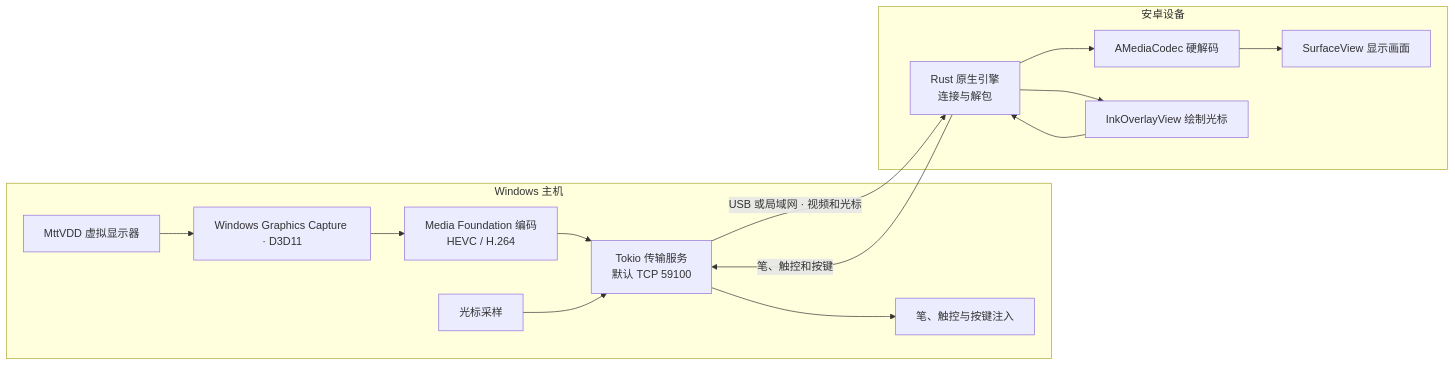
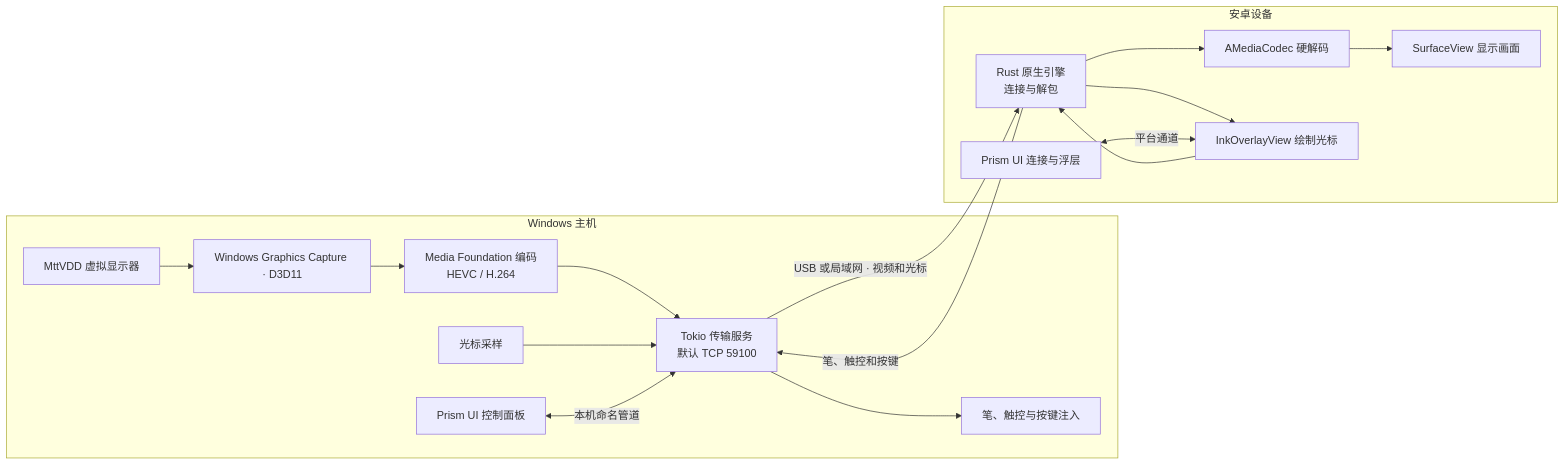
Before and after one commit to Axiomerator/ExtScreen: the diagram in ARCHITECTURE.md, drawn with Mermaid. The commit also changed other lines of this file and 72 other files, not shown here.

````diff
--- a/ARCHITECTURE.md
+++ b/ARCHITECTURE.md
@@ -5,19 +5,21 @@
 ```mermaid
 flowchart LR
     subgraph Windows["Windows 主机"]
         VDD["MttVDD 虚拟显示器"] --> WGC["Windows Graphics Capture · D3D11"]
         WGC --> Encode["Media Foundation 编码<br/>HEVC / H.264"]
         Encode --> Server["Tokio 传输服务<br/>默认 TCP 59100"]
         Cursor["光标采样"] --> Server
         Server --> Inject["笔、触控与按键注入"]
+        Dashboard["Prism UI 控制面板"] <-->|"本机命名管道"| Server
     end
     subgraph Android["安卓设备"]
         Link["Rust 原生引擎<br/>连接与解包"]
         Link --> Decode["AMediaCodec 硬解码"]
         Decode --> Surface["SurfaceView 显示画面"]
         Link --> Overlay["InkOverlayView 绘制光标"]
         Overlay --> Link
+        Controls["Prism UI 连接与浮层"] <-->|"平台通道"| Overlay
     end
     Server -->|"USB 或局域网 · 视频和光标"| Link
     Link -->|"笔、触控和按键"| Server
 ```
````
